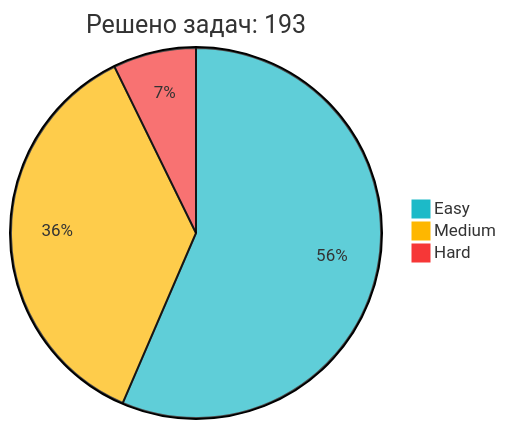
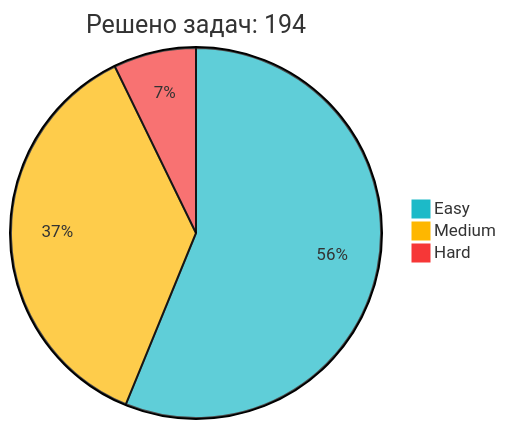
Before and after one commit to IliaKurdukov/IliaKurdukov: the diagram in README.md, drawn with Mermaid. The commit also changed other lines of this file, not shown here.

Commit message:
📈 Обновление статистики LeetCode

````diff
--- a/README.md
+++ b/README.md
@@ -51,7 +51,7 @@
 ```mermaid
 %%{init: {'theme': 'base', 'themeVariables': { 'pie1': '#1CBAC8', 'pie2': '#FEB700', 'pie3': '#F63737' }, 'config': {'width': 300, 'height': 200}}}%%
-pie title Решено задач: 193
+pie title Решено задач: 194
    "Easy" : 109
-   "Medium" : 70
+   "Medium" : 71
    "Hard" : 14
 ```
````
